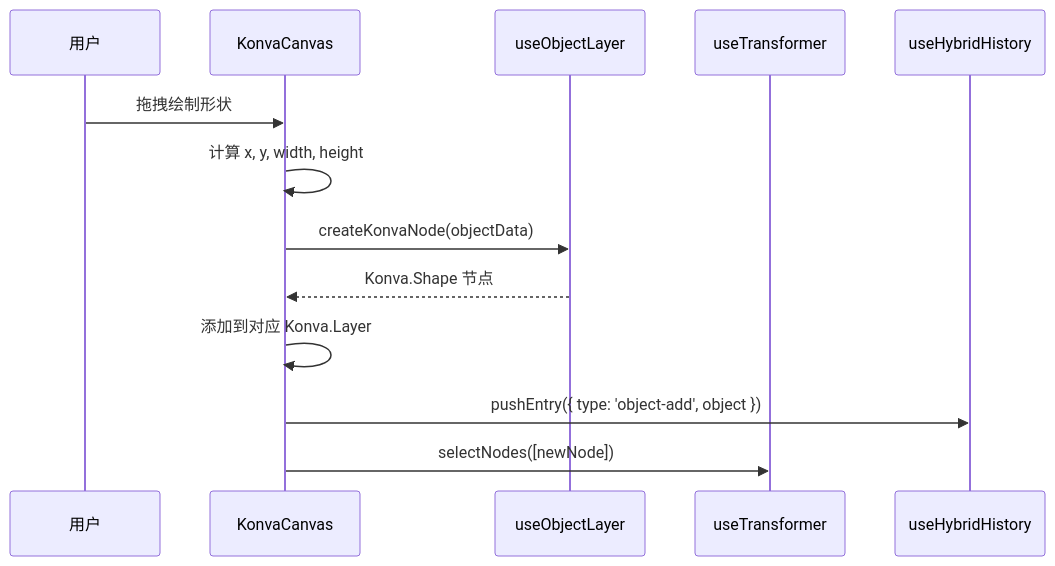
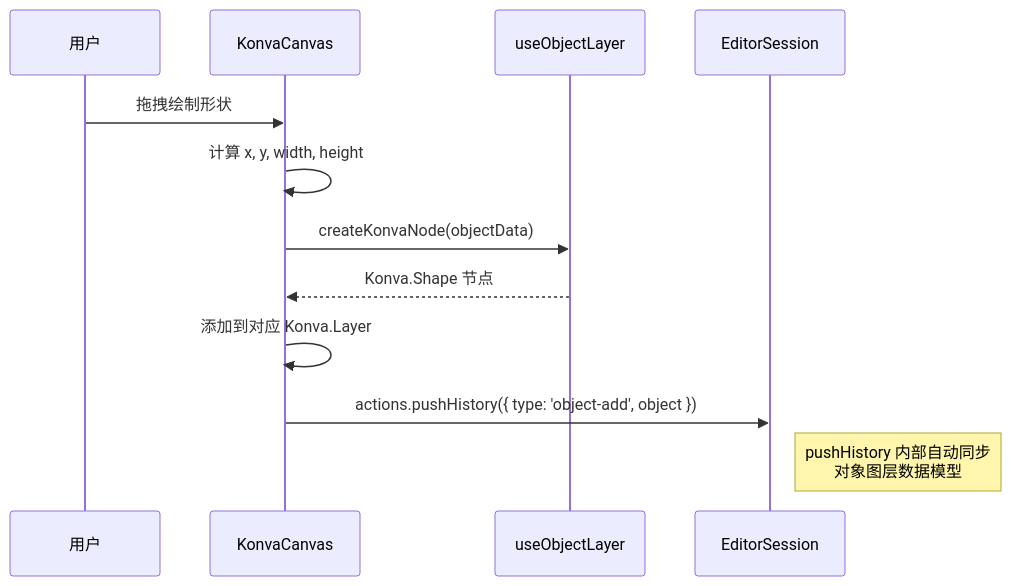
Before and after one commit to miaotouy/aio-hub: the third of 5 diagrams in src/tools/sketch-pad/ARCHITECTURE.md, drawn with Mermaid. The commit also changed other lines of this file, not shown here.

First line of the commit message:
docs(sketch-pad): 更新架构文档，反映重构后的 EditorSession 架构

````diff
--- a/src/tools/sketch-pad/ARCHITECTURE.md
+++ b/src/tools/sketch-pad/ARCHITECTURE.md
@@ -207,16 +287,15 @@
 ```mermaid
 sequenceDiagram
     participant User as 用户
     participant Canvas as KonvaCanvas
     participant ObjLayer as useObjectLayer
-    participant Transformer as useTransformer
-    participant History as useHybridHistory
+    participant Session as EditorSession
 
     User->>Canvas: 拖拽绘制形状
     Canvas->>Canvas: 计算 x, y, width, height
     Canvas->>ObjLayer: createKonvaNode(objectData)
     ObjLayer-->>Canvas: Konva.Shape 节点
     Canvas->>Canvas: 添加到对应 Konva.Layer
-    Canvas->>History: pushEntry({ type: 'object-add', object })
-    Canvas->>Transformer: selectNodes([newNode])
+    Canvas->>Session: actions.pushHistory({ type: 'object-add', object })
+    Note right of Session: pushHistory 内部自动同步<br/>对象图层数据模型
 ```
````
